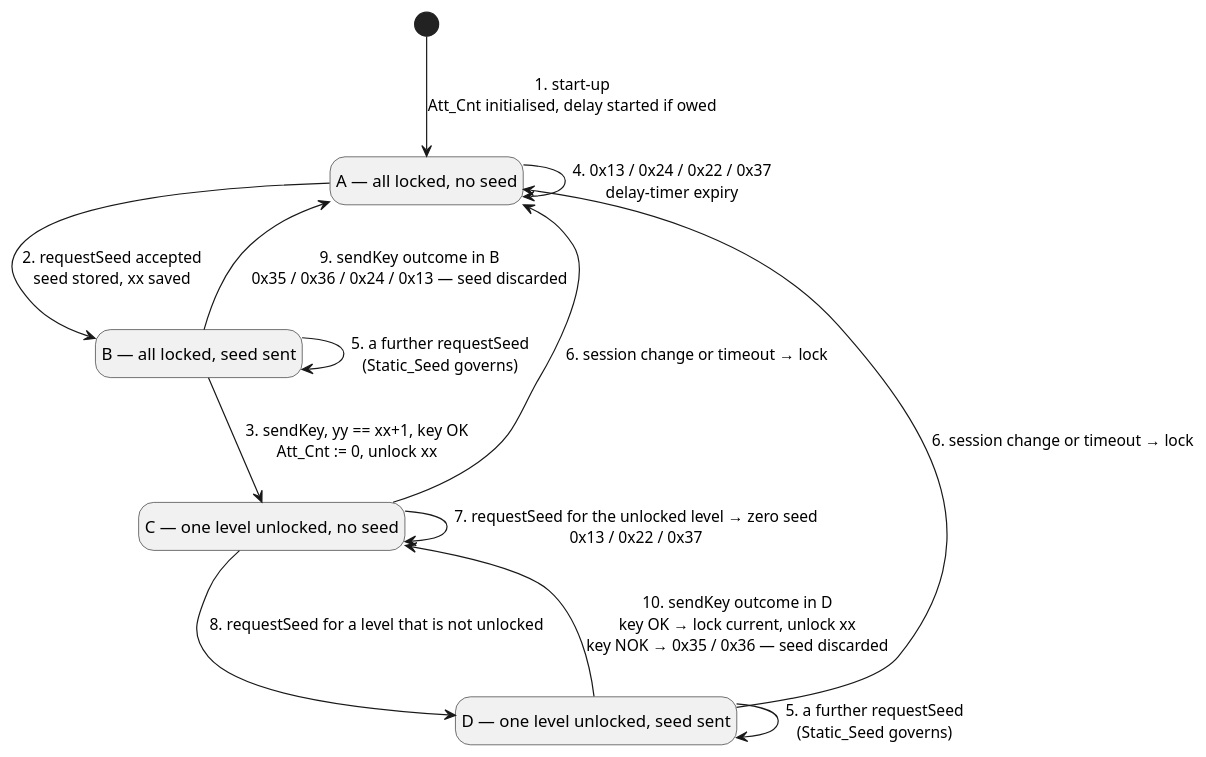
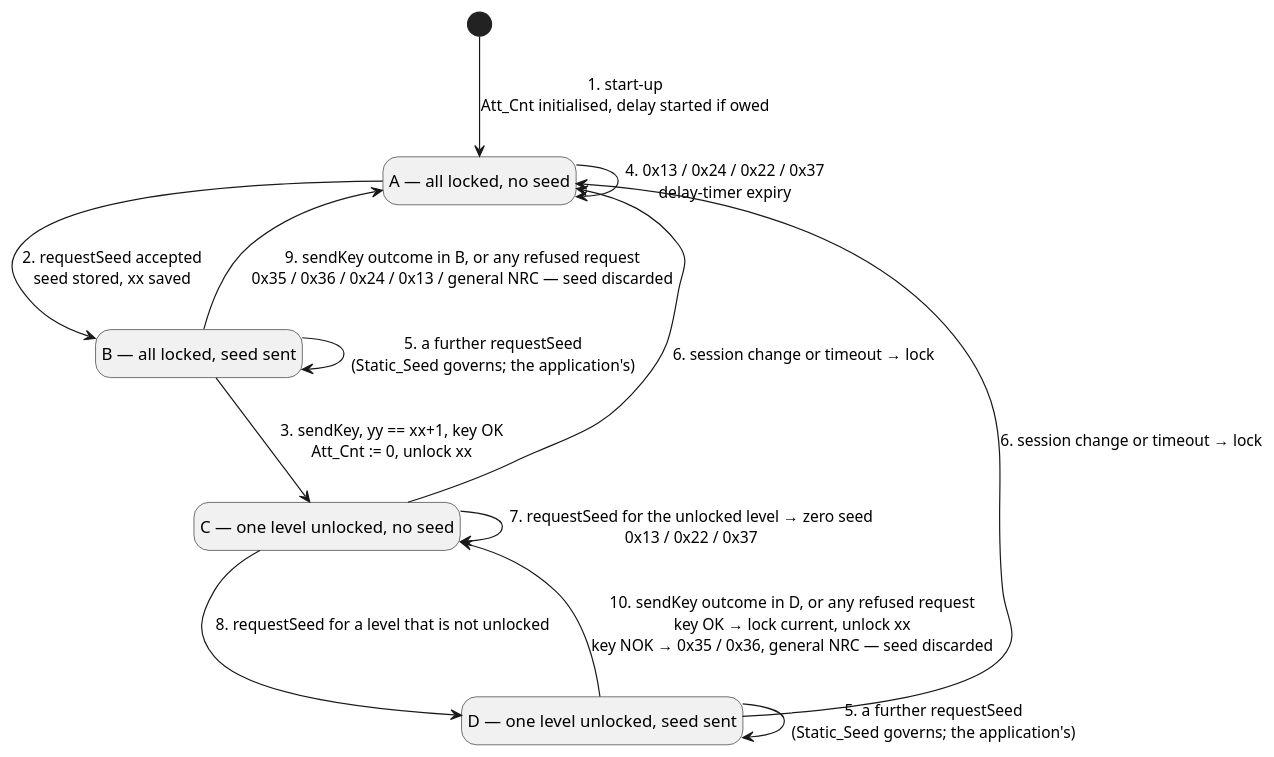
Before and after one commit to luminartech/uds_stack: the third of 4 diagrams in docs/architecture/service-traits.rst, drawn with PlantUML. The commit also changed other lines of this file and 31 other files, not shown here.

```diff
--- a/docs/architecture/service-traits.rst
+++ b/docs/architecture/service-traits.rst
@@ -443,25 +452,25 @@
    .. uml::
       :align: center
       :caption: Annex I's four states. Labels name the code this crate settles with; the
                 application is consulted only for a seed and a verdict on a key.
 
       @startuml
       hide empty description
       state "A — all locked, no seed" as A
       state "B — all locked, seed sent" as B
       state "C — one level unlocked, no seed" as C
       state "D — one level unlocked, seed sent" as D
 
       [*] --> A : 1. start-up\nAtt_Cnt initialised, delay started if owed
       A --> B : 2. requestSeed accepted\nseed stored, xx saved
       B --> C : 3. sendKey, yy == xx+1, key OK\nAtt_Cnt := 0, unlock xx
       A --> A : 4. 0x13 / 0x24 / 0x22 / 0x37\ndelay-timer expiry
-      B --> B : 5. a further requestSeed\n(Static_Seed governs)
-      D --> D : 5. a further requestSeed\n(Static_Seed governs)
+      B --> B : 5. a further requestSeed\n(Static_Seed governs; the application's)
+      D --> D : 5. a further requestSeed\n(Static_Seed governs; the application's)
       C --> A : 6. session change or timeout → lock
       D --> A : 6. session change or timeout → lock
       C --> C : 7. requestSeed for the unlocked level → zero seed\n0x13 / 0x22 / 0x37
       C --> D : 8. requestSeed for a level that is not unlocked
-      B --> A : 9. sendKey outcome in B\n0x35 / 0x36 / 0x24 / 0x13 — seed discarded
-      D --> C : 10. sendKey outcome in D\nkey OK → lock current, unlock xx\nkey NOK → 0x35 / 0x36 — seed discarded
+      B --> A : 9. sendKey outcome in B, or any refused request\n0x35 / 0x36 / 0x24 / 0x13 / general NRC — seed discarded
+      D --> C : 10. sendKey outcome in D, or any refused request\nkey OK → lock current, unlock xx\nkey NOK → 0x35 / 0x36, general NRC — seed discarded
       @enduml
```
